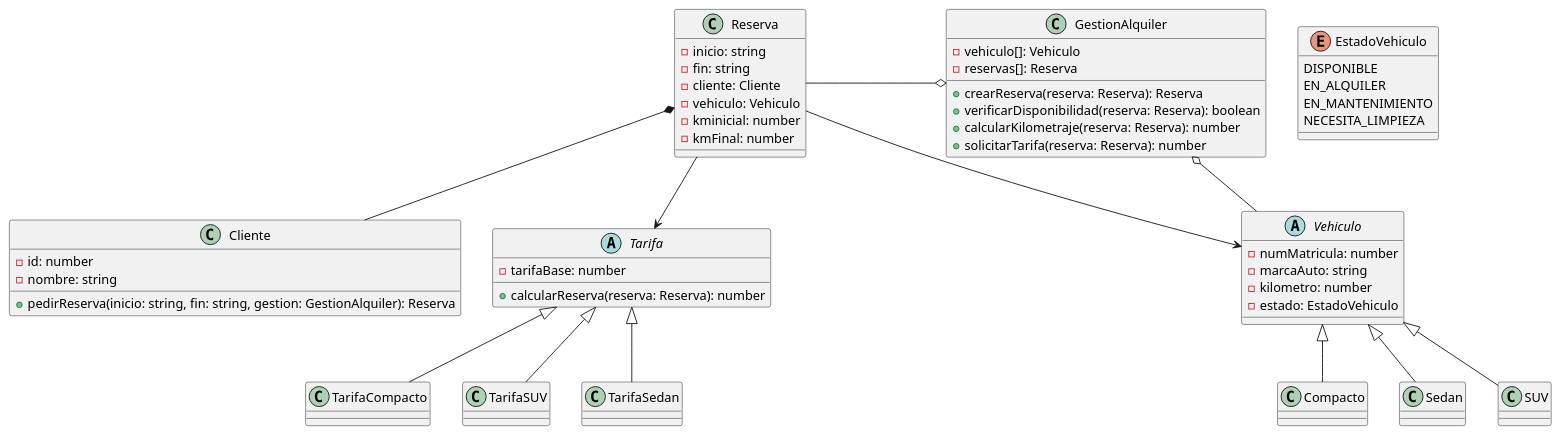
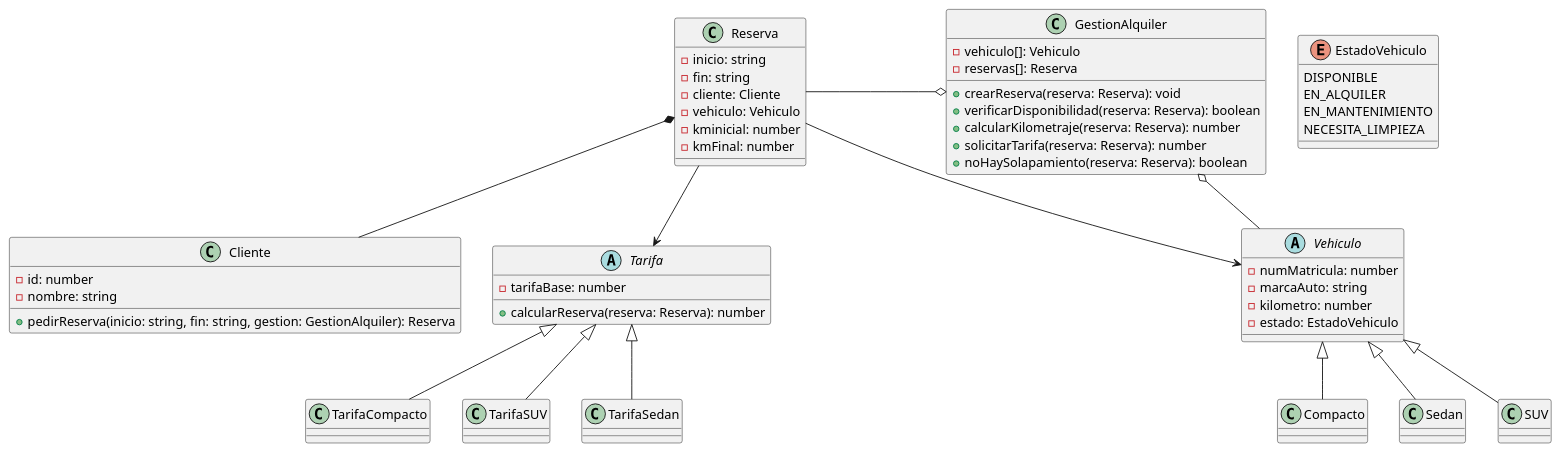
The diagram in Diagrama_de_clases.puml (Nash-Blip/Programaci-n-II), drawn with PlantUML before and after one commit. The commit also changed 3 other files, not shown here.

```diff
--- a/Diagrama_de_clases.puml
+++ b/Diagrama_de_clases.puml
@@ -1,75 +1,76 @@
 @startuml practico
 
 class GestionAlquiler{
     - vehiculo[]: Vehiculo
     - reservas[]: Reserva
-    + crearReserva(reserva: Reserva): Reserva
+    + crearReserva(reserva: Reserva): void
     + verificarDisponibilidad(reserva: Reserva): boolean
     + calcularKilometraje(reserva: Reserva): number
     + solicitarTarifa(reserva: Reserva): number
+    + noHaySolapamiento(reserva: Reserva): boolean
 }
 
 enum EstadoVehiculo {
   DISPONIBLE
   EN_ALQUILER
   EN_MANTENIMIENTO
   NECESITA_LIMPIEZA
 }
 
 class Cliente{
     - id: number
     - nombre: string
     + pedirReserva(inicio: string, fin: string, gestion: GestionAlquiler): Reserva
 }
 
 class Reserva{
     - inicio: string
     - fin: string
     - cliente: Cliente
     - vehiculo: Vehiculo
     - kminicial: number
     - kmFinal: number
 }
 
 abstract class Vehiculo{
     - numMatricula: number
     - marcaAuto: string
     - kilometro: number
     - estado: EstadoVehiculo
 }
 
 class Compacto extends Vehiculo
 class Sedan extends Vehiculo
 class SUV extends Vehiculo
 
 abstract class Tarifa{
     - tarifaBase: number
     + calcularReserva(reserva: Reserva): number
 }
 
 class TarifaCompacto extends Tarifa
 class TarifaSUV extends Tarifa
 class TarifaSedan extends Tarifa
 
 GestionAlquiler o-r- Vehiculo
 GestionAlquiler o-l- Reserva
 Reserva --> Tarifa
 Reserva --> Vehiculo
 Reserva *-- Cliente
 
 note right of TarifaCompacto::calcularReserva
 Base: $30 * días
 + exceso si >100km/día
 end note
 
 note right of TarifaSedan::calcularReserva
 Base: $50 * días
 + $0.20 por km total
 end note
 
 note right of TarifaSUV::calcularReserva
 Base: ($80 + $15 seguro) * días
 + exceso si >500 km total
 end note
 
 @enduml
```
